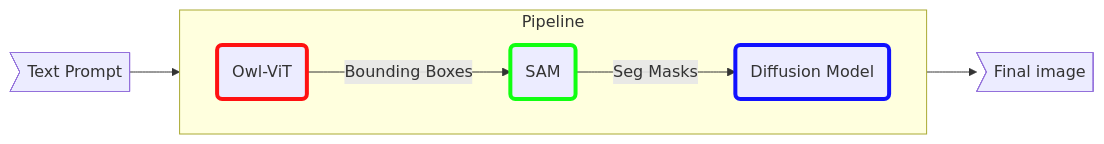
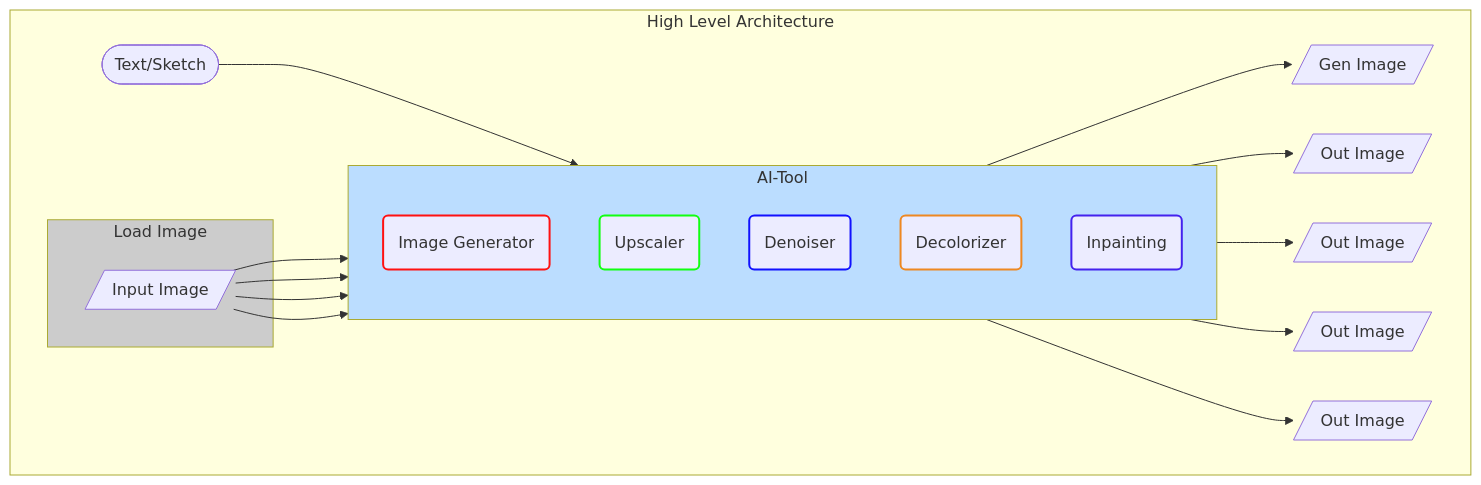
Before and after one commit to afondiel/computer-vision-challenge: the diagram in L2_06_AI_Assisted_Image_Editing_and_Manipulation/readme.md, drawn with Mermaid. The commit also changed other lines of this file, not shown here.

Commit message:
L2-06: update readme.md

````diff
--- a/L2_06_AI_Assisted_Image_Editing_and_Manipulation/readme.md
+++ b/L2_06_AI_Assisted_Image_Editing_and_Manipulation/readme.md
@@ -9,15 +14,36 @@
 ```mermaid
 flowchart LR
-  subgraph Pipeline
+  subgraph High Level Architecture
     direction LR
-    B(Owl-ViT)--Bounding Boxes-->C(SAM)
-    C--Seg Masks-->D(Diffusion Model)
-  end 
-  
-  A>Text Prompt]-->B
-  D-->E>Final image]
+    subgraph Load_Im [Load Image]
+      M[/Input Image/]
+    end
+    subgraph AI-Tool
+      direction TB
+      B(Image Generator)
+      C(Upscaler)
+      D(Denoiser)
+      E(Decolorizer)
+      F(Inpainting)
+    end 
+    Z([Text/Sketch])-->B
+    M-->C
+    M-->D
+    M-->E
+    M-->F
+    
+    B-->N[/Gen Image/]    
+    C-->I[/Out Image/]
+    D-->J[/Out Image/]
+    E-->K[/Out Image/]
+    F-->L[/Out Image/]
+  end
 
-  style B stroke:#f11,stroke-width:4px
-  style C stroke:#1f1,stroke-width:4px
-  style D stroke:#11f,stroke-width:4px
+  style B stroke:#f11,stroke-width:2px
+  style C stroke:#1f1,stroke-width:2px
+  style D stroke:#11f,stroke-width:2px
+  style E stroke:#e82,stroke-width:2px
+  style F stroke:#42e,stroke-width:2px
+  style Load_Im fill:#ccc
+  style AI-Tool fill:#bdf
 ```
````
